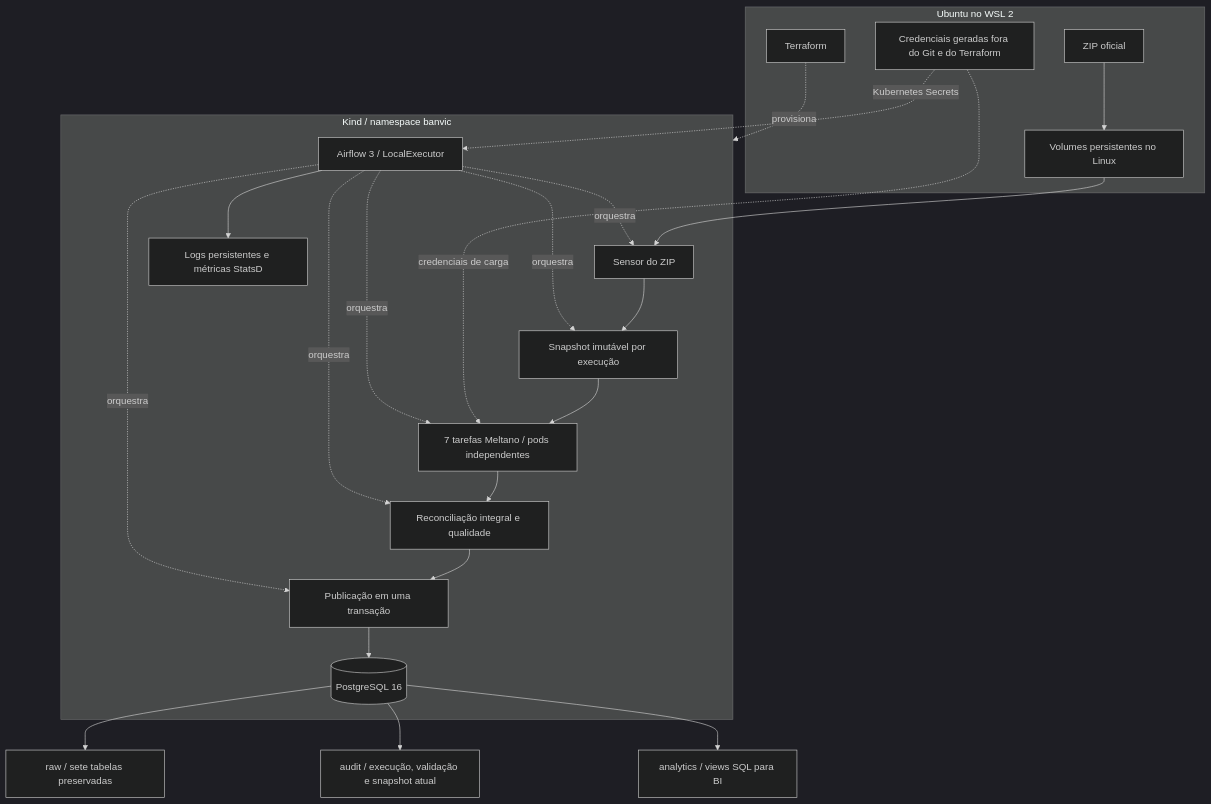
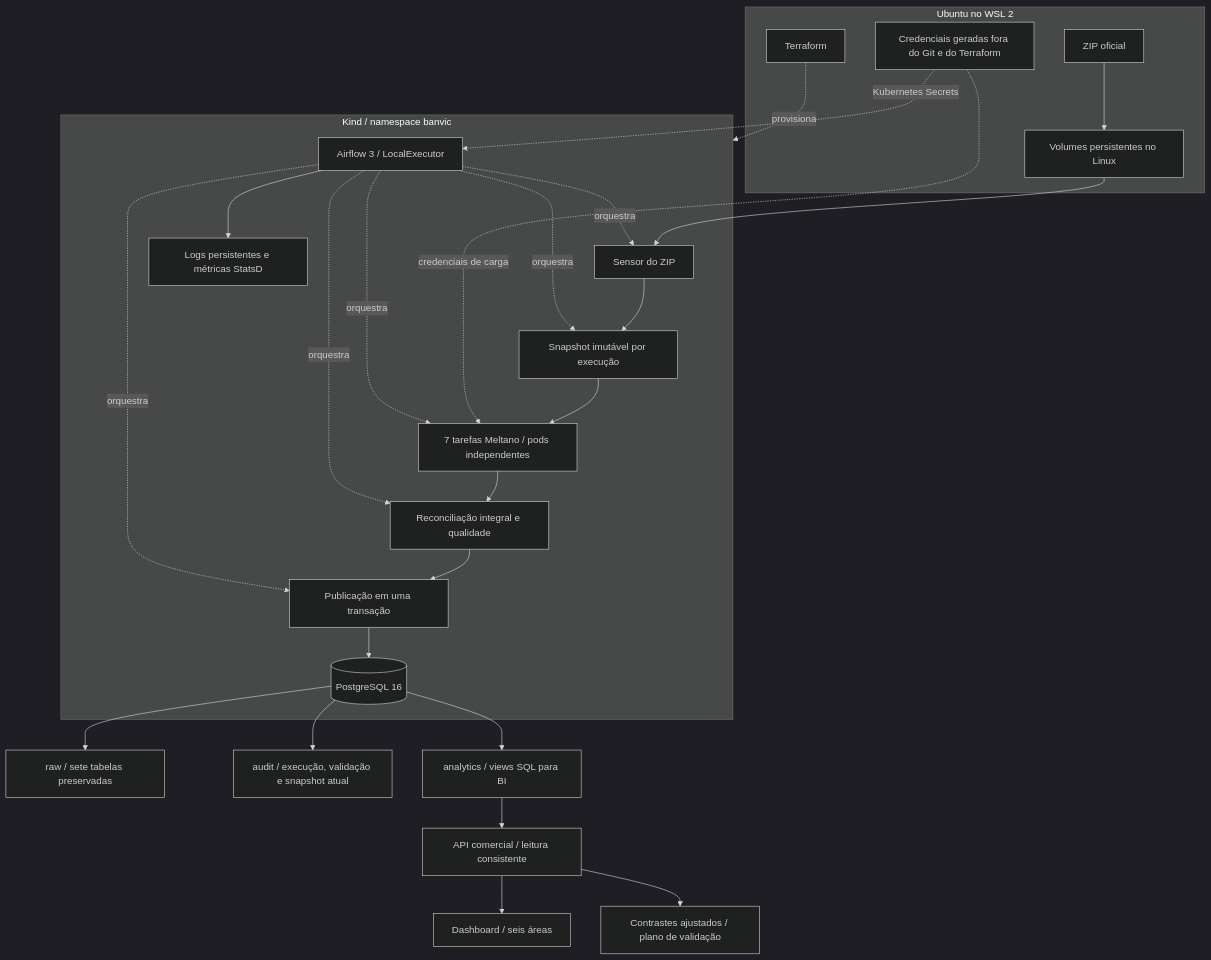
Before and after one commit to MateusDG/data-engineer-indicium: the diagram in docs/ARQUITETURA.md, drawn with Mermaid (dark theme). The commit also changed other lines of this file and 80 other files, not shown here.

````diff
--- a/docs/ARQUITETURA.md
+++ b/docs/ARQUITETURA.md
@@ -11,32 +11,35 @@
 ```mermaid
 flowchart TB
   subgraph HOST[Ubuntu no WSL 2]
     SOURCE[ZIP oficial]
     LOCAL[Volumes persistentes no Linux]
     TF[Terraform]
     SEC[Credenciais geradas fora do Git e do Terraform]
   end
   subgraph K8S[Kind / namespace banvic]
     AF[Airflow 3 / LocalExecutor]
     SENSOR[Sensor do ZIP]
     PREP[Snapshot imutável por execução]
     MELTANO[7 tarefas Meltano / pods independentes]
     QA[Reconciliação integral e qualidade]
     PUB[Publicação em uma transação]
     PG[(PostgreSQL 16)]
     LOG[Logs persistentes e métricas StatsD]
   end
   SOURCE --> LOCAL --> SENSOR --> PREP --> MELTANO --> QA --> PUB --> PG
   TF -. provisiona .-> K8S
   SEC -. Kubernetes Secrets .-> AF
   SEC -. credenciais de carga .-> MELTANO
   AF -. orquestra .-> SENSOR
   AF -. orquestra .-> PREP
   AF -. orquestra .-> MELTANO
   AF -. orquestra .-> QA
   AF -. orquestra .-> PUB
   AF --> LOG
   PG --> RAW[raw / sete tabelas preservadas]
   PG --> AUDIT[audit / execução, validação e snapshot atual]
   PG --> BI[analytics / views SQL para BI]
+  BI --> COMM[API comercial / leitura consistente]
+  COMM --> DASH[Dashboard / seis áreas]
+  COMM --> RANK[Contrastes ajustados / plano de validação]
 ```
````
